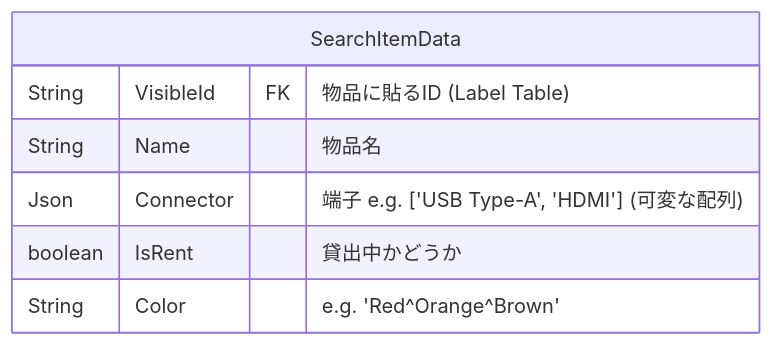
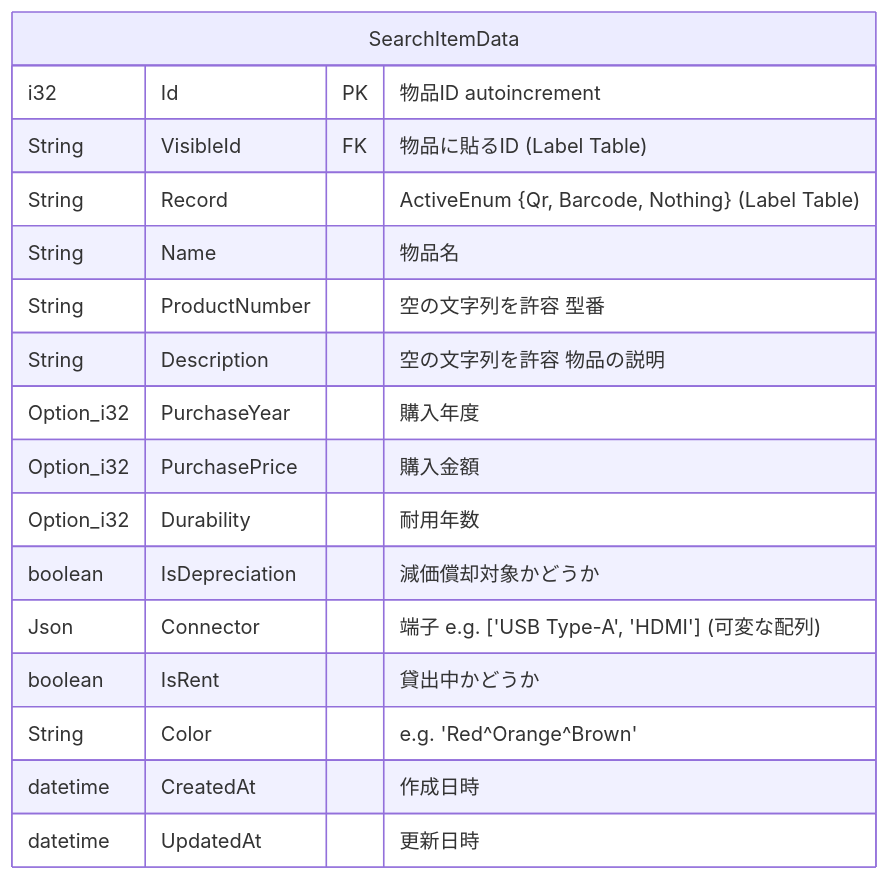
The first of 12 diagrams in documents/endpoint.md (sohosai/dashi), drawn with Mermaid before and after one commit. The commit also changed other lines of this file, not shown here.

````diff
--- a/documents/endpoint.md
+++ b/documents/endpoint.md
@@ -79,10 +79,20 @@
 ```mermaid
 erDiagram
     SearchItemData {
+        i32 Id PK "物品ID autoincrement"
         String VisibleId FK "物品に貼るID (Label Table)"
+        String Record "ActiveEnum {Qr, Barcode, Nothing} (Label Table)"
         String Name "物品名"
+        String ProductNumber "空の文字列を許容 型番"
+        String Description "空の文字列を許容 物品の説明"
+        Option_i32 PurchaseYear "購入年度"
+        Option_i32 PurchasePrice "購入金額"
+        Option_i32 Durability "耐用年数"
+        boolean IsDepreciation "減価償却対象かどうか"
         Json Connector "端子 e.g. ['USB Type-A', 'HDMI'] (可変な配列)"
         boolean IsRent "貸出中かどうか"
         String Color "e.g. 'Red^Orange^Brown'"
+        datetime CreatedAt "作成日時"
+        datetime UpdatedAt "更新日時"
     }
 ```
````
